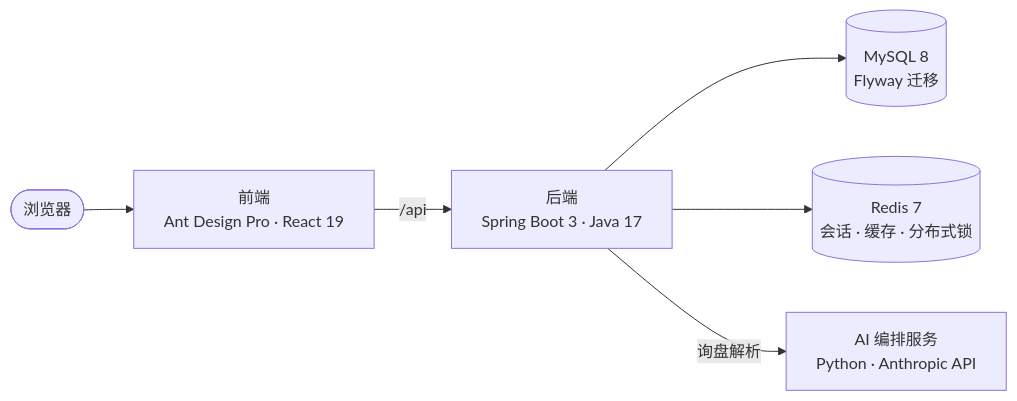
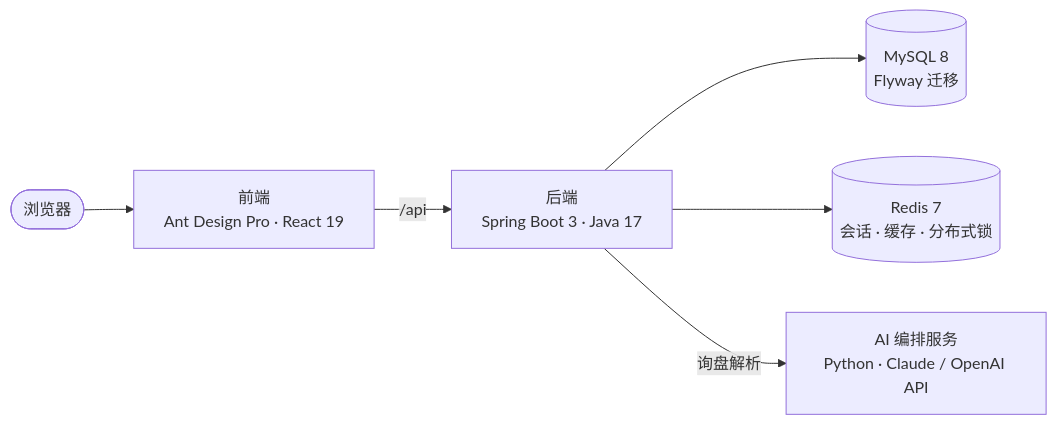
The first of 2 diagrams in README.md (zhul-cloud/zhul-trade-erp), drawn with Mermaid before and after one commit. The commit also changed other lines of this file and 21 other files, not shown here.

````diff
--- a/README.md
+++ b/README.md
@@ -73,8 +73,8 @@
 ```mermaid
 flowchart LR
     U([浏览器]) --> FE["前端<br/>Ant Design Pro · React 19"]
     FE -->|/api| BE["后端<br/>Spring Boot 3 · Java 17"]
     BE --> DB[(MySQL 8<br/>Flyway 迁移)]
     BE --> RD[(Redis 7<br/>会话 · 缓存 · 分布式锁)]
-    BE -->|询盘解析| AI["AI 编排服务<br/>Python · Anthropic API"]
+    BE -->|询盘解析| AI["AI 编排服务<br/>Python · Claude / OpenAI API"]
 ```
````
